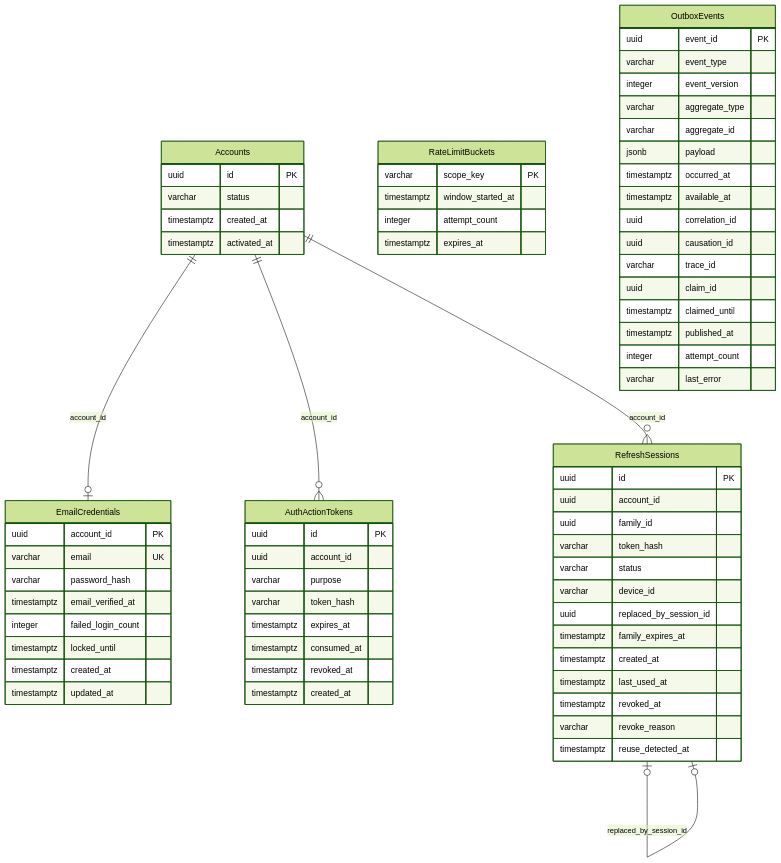
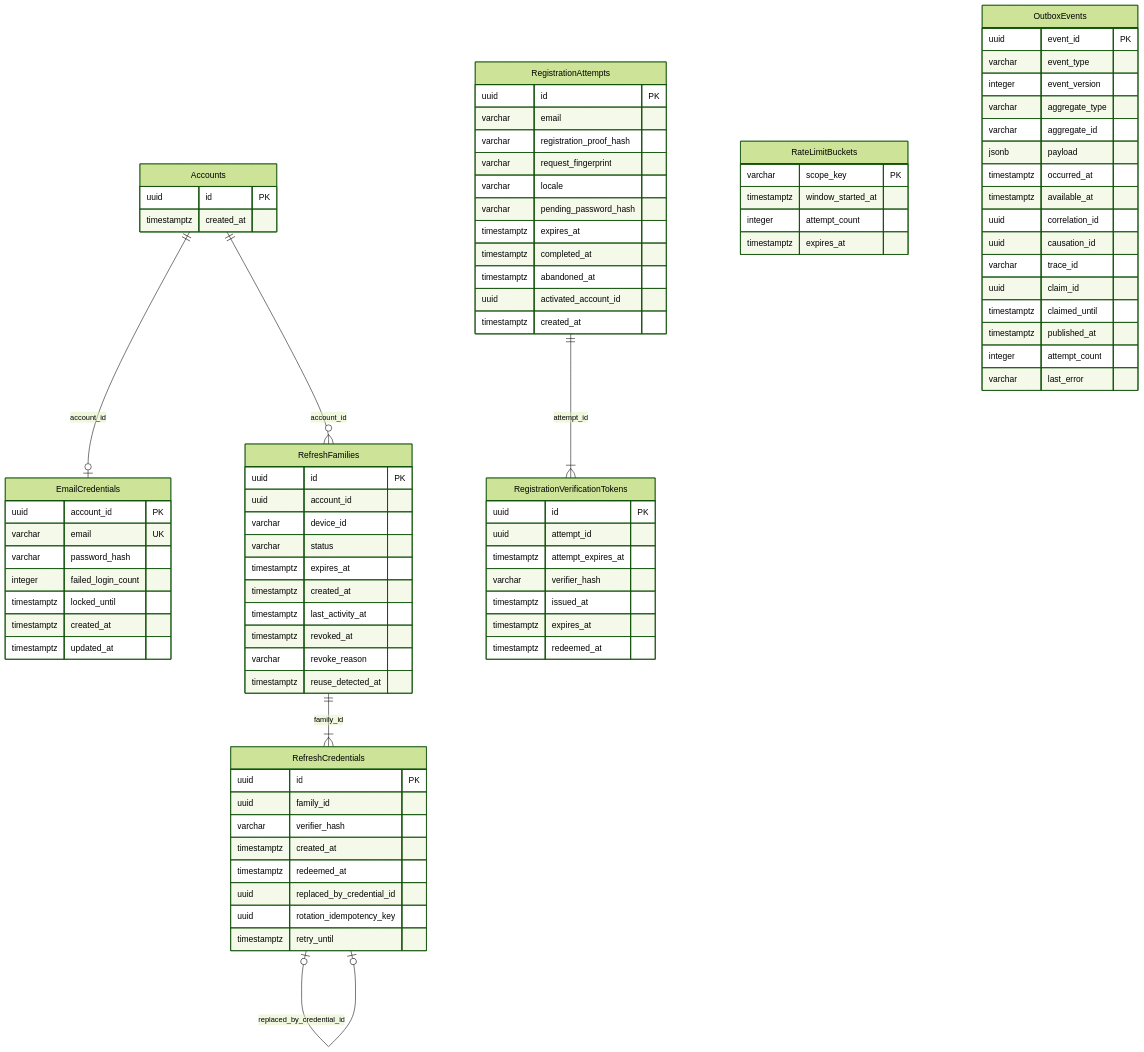
One commit to COOKieProjectTeam/cookie changed the diagram in contracts/dbml/identity.mmd. Above: the diagram before and after it, drawn with Mermaid (forest theme). The commit also changed 125 other files, not shown here.

```diff
--- a/contracts/dbml/identity.mmd
+++ b/contracts/dbml/identity.mmd
@@ -1,78 +1,97 @@
 %% Identity Service schema — derived from identity.dbml
 %% Cross-service references are intentionally omitted.
 erDiagram
   Accounts {
     uuid id PK
-    varchar status
     timestamptz created_at
-    timestamptz activated_at
   }
 
   EmailCredentials {
     uuid account_id PK
     varchar email UK
     varchar password_hash
-    timestamptz email_verified_at
     integer failed_login_count
     timestamptz locked_until
     timestamptz created_at
     timestamptz updated_at
   }
 
-  AuthActionTokens {
+  RegistrationAttempts {
     uuid id PK
-    uuid account_id
-    varchar purpose
-    varchar token_hash
+    varchar email
+    varchar registration_proof_hash
+    varchar request_fingerprint
+    varchar locale
+    varchar pending_password_hash
     timestamptz expires_at
-    timestamptz consumed_at
-    timestamptz revoked_at
+    timestamptz completed_at
+    timestamptz abandoned_at
+    uuid activated_account_id
     timestamptz created_at
   }
 
-  RefreshSessions {
+  RegistrationVerificationTokens {
+    uuid id PK
+    uuid attempt_id
+    timestamptz attempt_expires_at
+    varchar verifier_hash
+    timestamptz issued_at
+    timestamptz expires_at
+    timestamptz redeemed_at
+  }
+
+  RefreshFamilies {
     uuid id PK
     uuid account_id
-    uuid family_id
-    varchar token_hash
+    varchar device_id
     varchar status
-    varchar device_id
-    uuid replaced_by_session_id
-    timestamptz family_expires_at
+    timestamptz expires_at
     timestamptz created_at
-    timestamptz last_used_at
+    timestamptz last_activity_at
     timestamptz revoked_at
     varchar revoke_reason
     timestamptz reuse_detected_at
+  }
+
+  RefreshCredentials {
+    uuid id PK
+    uuid family_id
+    varchar verifier_hash
+    timestamptz created_at
+    timestamptz redeemed_at
+    uuid replaced_by_credential_id
+    uuid rotation_idempotency_key
+    timestamptz retry_until
   }
 
   RateLimitBuckets {
     varchar scope_key PK
     timestamptz window_started_at
     integer attempt_count
     timestamptz expires_at
   }
 
   OutboxEvents {
     uuid event_id PK
     varchar event_type
     integer event_version
     varchar aggregate_type
     varchar aggregate_id
     jsonb payload
     timestamptz occurred_at
     timestamptz available_at
     uuid correlation_id
     uuid causation_id
     varchar trace_id
     uuid claim_id
     timestamptz claimed_until
     timestamptz published_at
     integer attempt_count
     varchar last_error
   }
 
   Accounts ||--o| EmailCredentials : "account_id"
-  Accounts ||--o{ AuthActionTokens : "account_id"
-  Accounts ||--o{ RefreshSessions : "account_id"
-  RefreshSessions o|--o| RefreshSessions : "replaced_by_session_id"
+  RegistrationAttempts ||--|{ RegistrationVerificationTokens : "attempt_id"
+  Accounts ||--o{ RefreshFamilies : "account_id"
+  RefreshFamilies ||--|{ RefreshCredentials : "family_id"
+  RefreshCredentials o|--o| RefreshCredentials : "replaced_by_credential_id"
```
